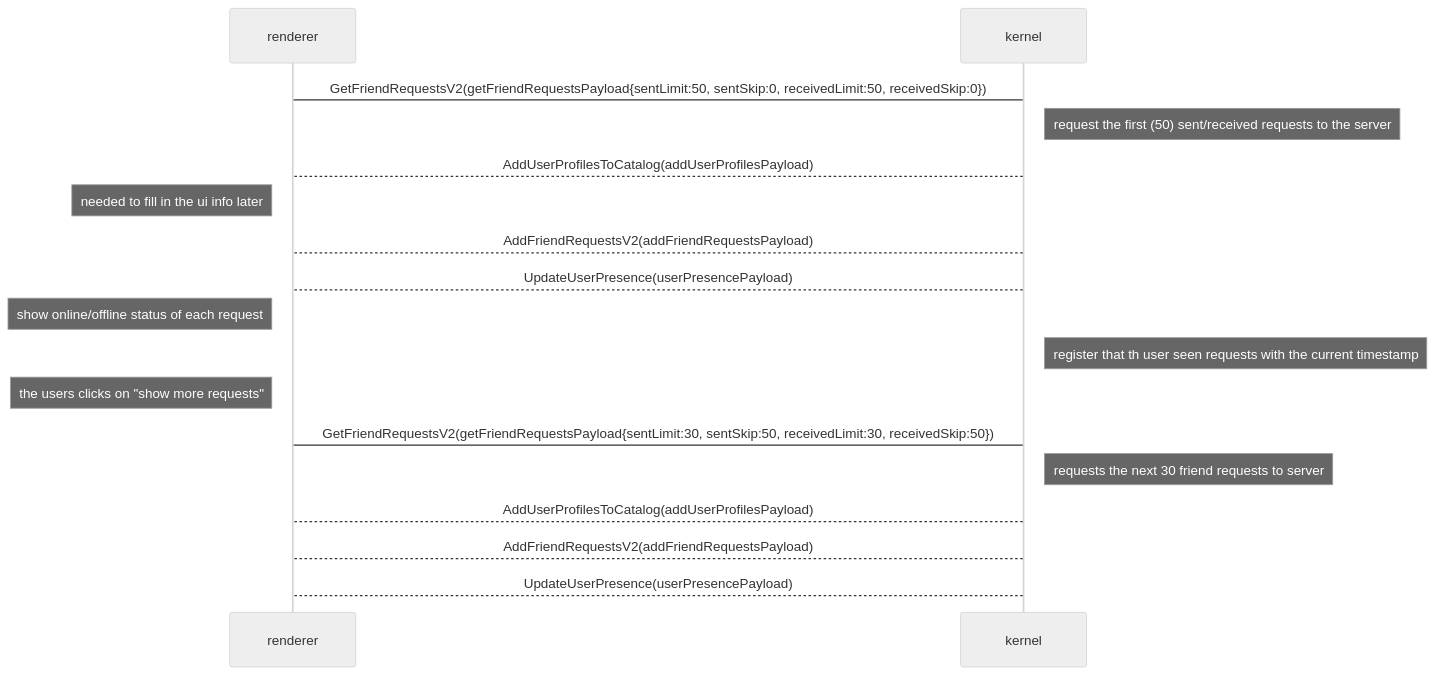
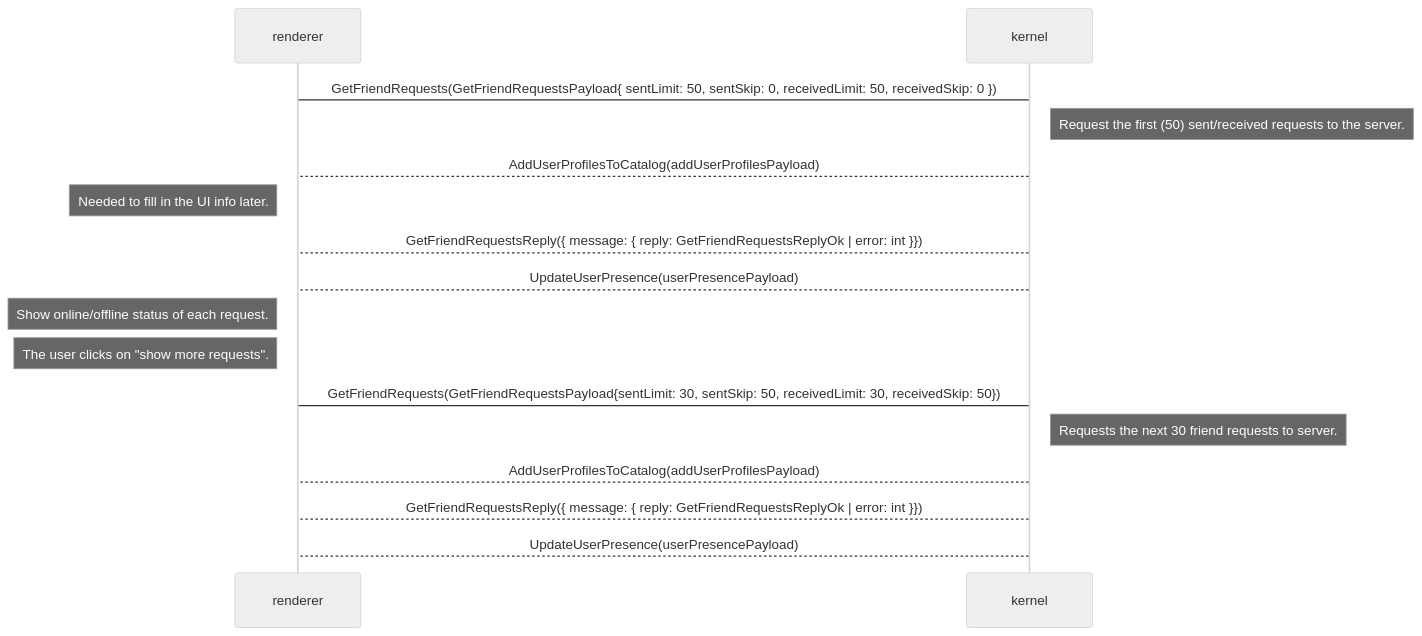
The fifth of 5 diagrams in content/ADR-137-new-friend-request.md (decentraland/adr), drawn with Mermaid (neutral theme) before and after one commit. The commit also changed other lines of this file, not shown here.

````diff
--- a/content/ADR-137-new-friend-request.md
+++ b/content/ADR-137-new-friend-request.md
@@ -215,20 +187,19 @@
 ```mermaid
 sequenceDiagram
   participant renderer
   participant kernel
   
-renderer->kernel: GetFriendRequestsV2(getFriendRequestsPayload{sentLimit:50, sentSkip:0, receivedLimit:50, receivedSkip:0})
-note right of kernel: request the first (50) sent/received requests to the server
+renderer->kernel: GetFriendRequests(GetFriendRequestsPayload{ sentLimit: 50, sentSkip: 0, receivedLimit: 50, receivedSkip: 0 })
+note right of kernel: Request the first (50) sent/received requests to the server.
 kernel-->renderer: AddUserProfilesToCatalog(addUserProfilesPayload)
-note left of renderer: needed to fill in the ui info later
-kernel-->renderer: AddFriendRequestsV2(addFriendRequestsPayload)
+note left of renderer: Needed to fill in the UI info later.
+kernel-->renderer: GetFriendRequestsReply({ message: { reply: GetFriendRequestsReplyOk | error: int }})
 kernel-->renderer: UpdateUserPresence(userPresencePayload)
-note left of renderer: show online/offline status of each request
-note right of kernel: register that th user seen requests with the current timestamp
-note left of renderer: the users clicks on "show more requests"
-renderer->kernel: GetFriendRequestsV2(getFriendRequestsPayload{sentLimit:30, sentSkip:50, receivedLimit:30, receivedSkip:50})
-note right of kernel: requests the next 30 friend requests to server
+note left of renderer: Show online/offline status of each request.
+note left of renderer: The user clicks on "show more requests".
+renderer->kernel: GetFriendRequests(GetFriendRequestsPayload{sentLimit: 30, sentSkip: 50, receivedLimit: 30, receivedSkip: 50})
+note right of kernel: Requests the next 30 friend requests to server.
 kernel-->renderer: AddUserProfilesToCatalog(addUserProfilesPayload)
-kernel-->renderer: AddFriendRequestsV2(addFriendRequestsPayload)
+kernel-->renderer: GetFriendRequestsReply({ message: { reply: GetFriendRequestsReplyOk | error: int }})
 kernel-->renderer: UpdateUserPresence(userPresencePayload)
 ```
````
